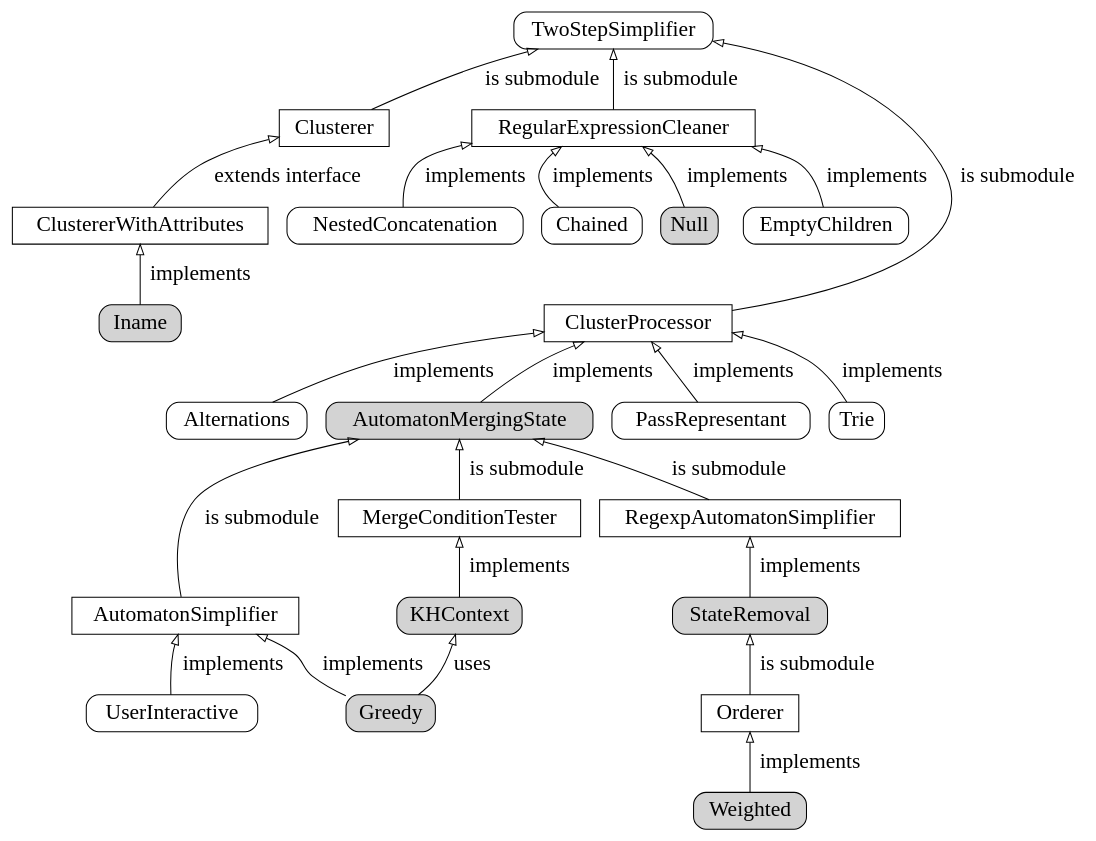
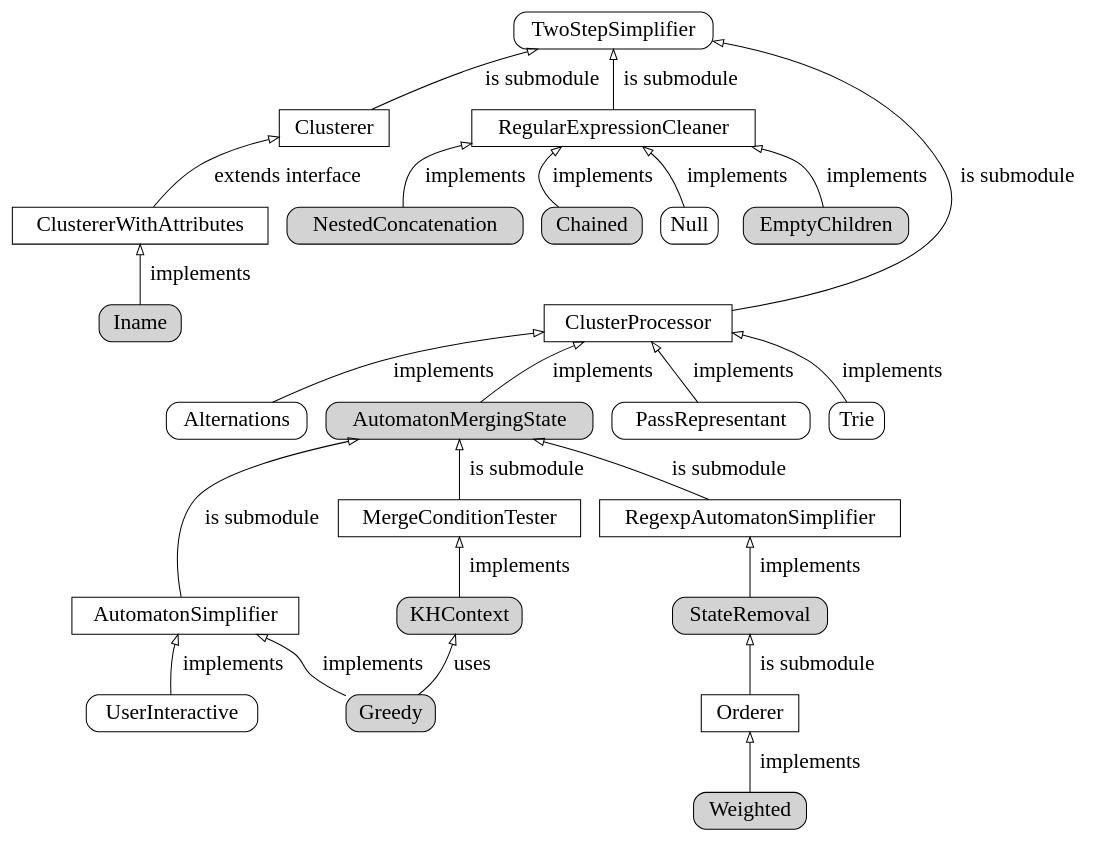
The diagram in doc/jInfer/twostep/twostep_modules_complete.gv (otmarjr/jInfer-fork), drawn with Graphviz before and after one commit. The commit also changed 2 other files, not shown here.

```diff
--- a/doc/jInfer/twostep/twostep_modules_complete.gv
+++ b/doc/jInfer/twostep/twostep_modules_complete.gv
@@ -1,74 +1,74 @@
 digraph twostep_modules_complete {
 	node [shape = rectangle, fontname = "TeXGyrePagella-Regular", fontsize = 21];
 	edge [fontname = "TeXGyrePagella-Regular", fontsize = 21, arrowhead = empty];
 	size = "17.5, 17.5";
 	rankdir = BT;
 
 /* TwoStep modules */
 	TwoStepSimplifier [style = rounded];
 	Clusterer -> TwoStepSimplifier [label = "is submodule"];
 	ClusterProcessor -> TwoStepSimplifier [label = "is submodule"];
 	RegularExpressionCleaner -> TwoStepSimplifier [label = "is submodule"];
 
 	ClustererWithAttributes -> Clusterer [label = "extends interface"];
 	Iname [style = "rounded,filled"];
 	Iname -> ClustererWithAttributes [label = "implements"];
 	
 	Alternations [style = rounded];
 	Alternations -> ClusterProcessor [label = "implements"];
 	
 	AutomatonMergingState [style = rounded];
 	AutomatonMergingState -> ClusterProcessor [label = "implements"];
 	
 	PassRepresentant [style = rounded];
 	PassRepresentant -> ClusterProcessor [label = "implements"];
 	
 	Trie [style = rounded];
 	Trie -> ClusterProcessor [label = "implements"];
 
-	Null [style = "rounded,filled"];
+	Null [style = rounded];
 	Null -> RegularExpressionCleaner [label = "implements"];
 
-	EmptyChildren [style = rounded];
+	EmptyChildren [style = "rounded,filled"];
 	EmptyChildren -> RegularExpressionCleaner [label = "implements"];
 
-	NestedConcatenation [style = rounded];
+	NestedConcatenation [style = "rounded,filled"];
 	NestedConcatenation -> RegularExpressionCleaner [label = "implements"];
 
-	Chained [style = rounded];
+	Chained [style = "rounded,filled"];
 	Chained -> RegularExpressionCleaner [label = "implements"];
 
 	ClusterProcessor -> ClustererWithAttributes [style = invis];
 	ClusterProcessor -> Null [style = invis];
 	ClusterProcessor -> EmptyChildren [style = invis];
 	ClusterProcessor -> NestedConcatenation [style = invis];
 	ClusterProcessor -> Chained [style = invis];
 
 /* AutomatonMergingState modules */
 	AutomatonMergingState [style = "rounded,filled"];
 	AutomatonSimplifier -> AutomatonMergingState [label = "is submodule"];
 	RegexpAutomatonSimplifier -> AutomatonMergingState [label = "is submodule"];
 	MergeConditionTester -> AutomatonMergingState [label = "is submodule"];
 
 	Greedy [style = "rounded,filled"];
 	Greedy -> AutomatonSimplifier [label = "implements"];
 	
 	StateRemoval [style = rounded];
 	StateRemoval -> RegexpAutomatonSimplifier [label = "implements"];
 	
 	KHContext [style = "rounded,filled"];
 	KHContext -> MergeConditionTester [label = "implements"];
 	
 	Greedy -> KHContext [label = "uses"];
 
 	UserInteractive [style = rounded];
 	UserInteractive -> AutomatonSimplifier [label = "implements"];
 	
 	
 /* StateRemoval modules */
 	StateRemoval [style = "rounded,filled"];
 	Orderer -> StateRemoval [label = "is submodule"];
 
 	Weighted [style = "rounded,filled"];
 	Weighted -> Orderer [label = "implements"];	
 }
```
